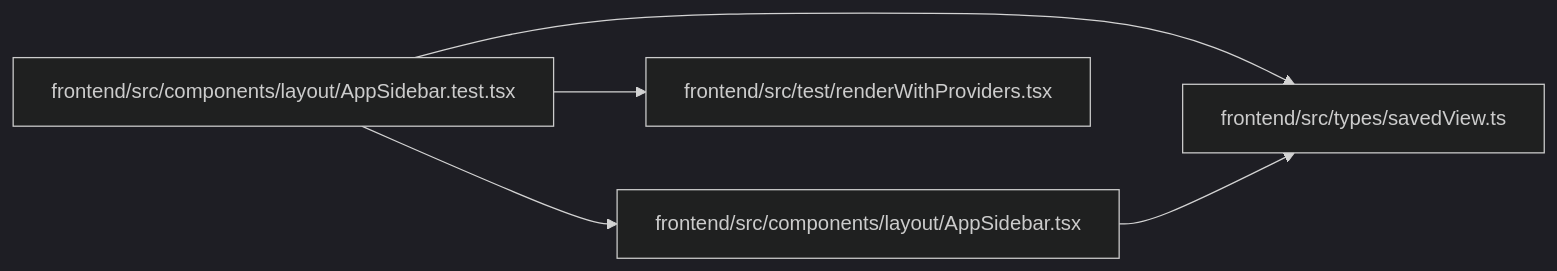
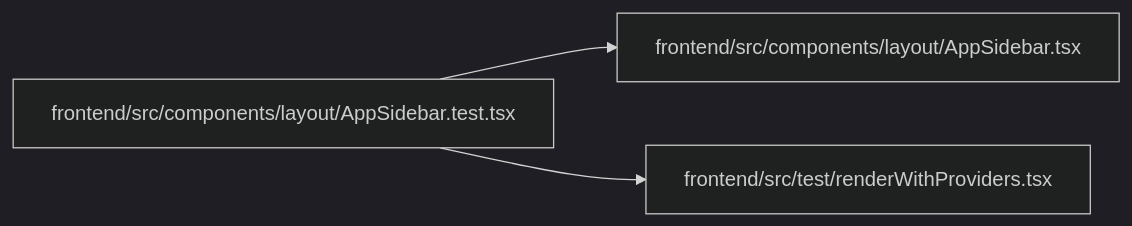
Before and after one commit to Denissvgn/WorkChord: the diagram in docs/llm_wiki/modules/AppSidebar.test.md, drawn with Mermaid (dark theme). The commit also changed other lines of this file and 2373 other files, not shown here.

````diff
--- a/docs/llm_wiki/modules/AppSidebar.test.md
+++ b/docs/llm_wiki/modules/AppSidebar.test.md
@@ -31,15 +28,11 @@
 ```mermaid
 flowchart LR
     n0["frontend/src/components/layout/AppSidebar.test.tsx"]
     n1["frontend/src/components/layout/AppSidebar.tsx"]
     n2["frontend/src/test/renderWithProviders.tsx"]
-    n3["frontend/src/types/savedView.ts"]
     n0 --> n1
     n0 --> n2
-    n0 --> n3
-    n1 --> n3
     click n0 "../modules/AppSidebar.test.md"
     click n1 "../modules/AppSidebar.md"
     click n2 "../modules/renderWithProviders.md"
-    click n3 "../modules/savedView.md"
 ```
````
